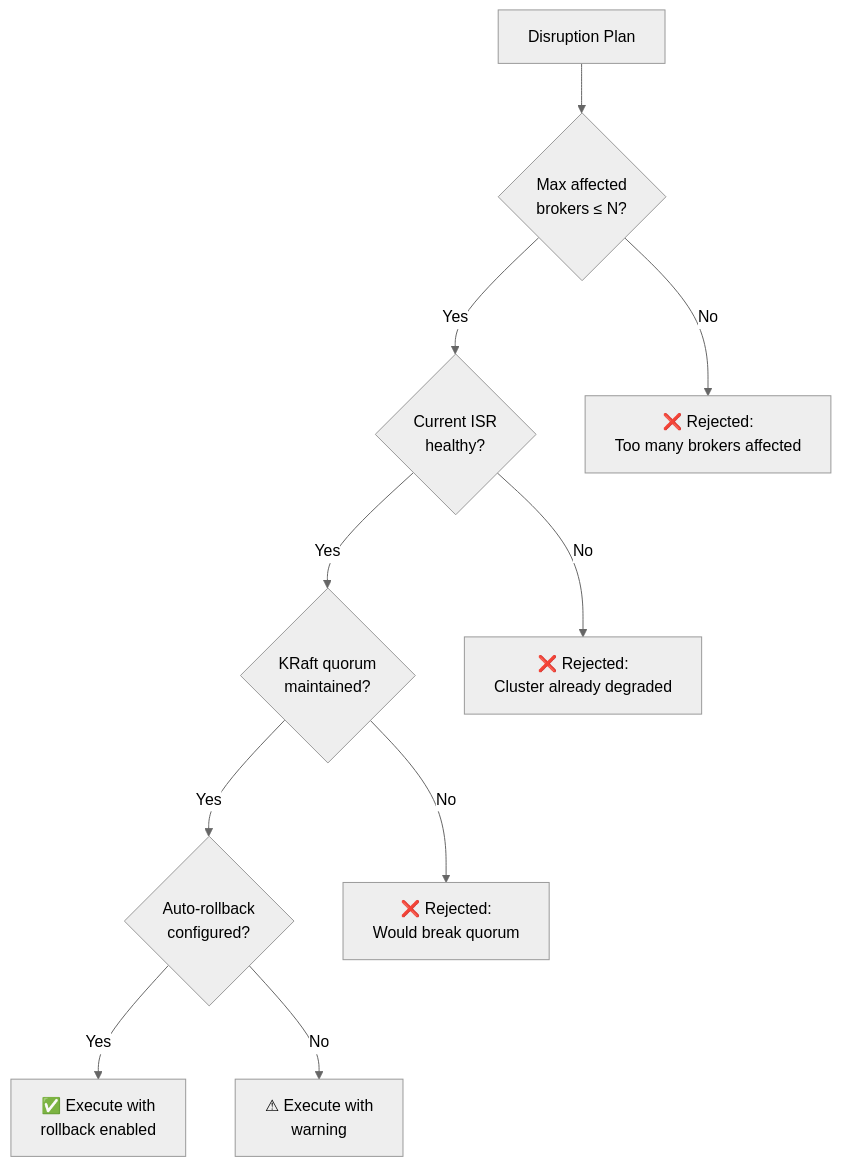
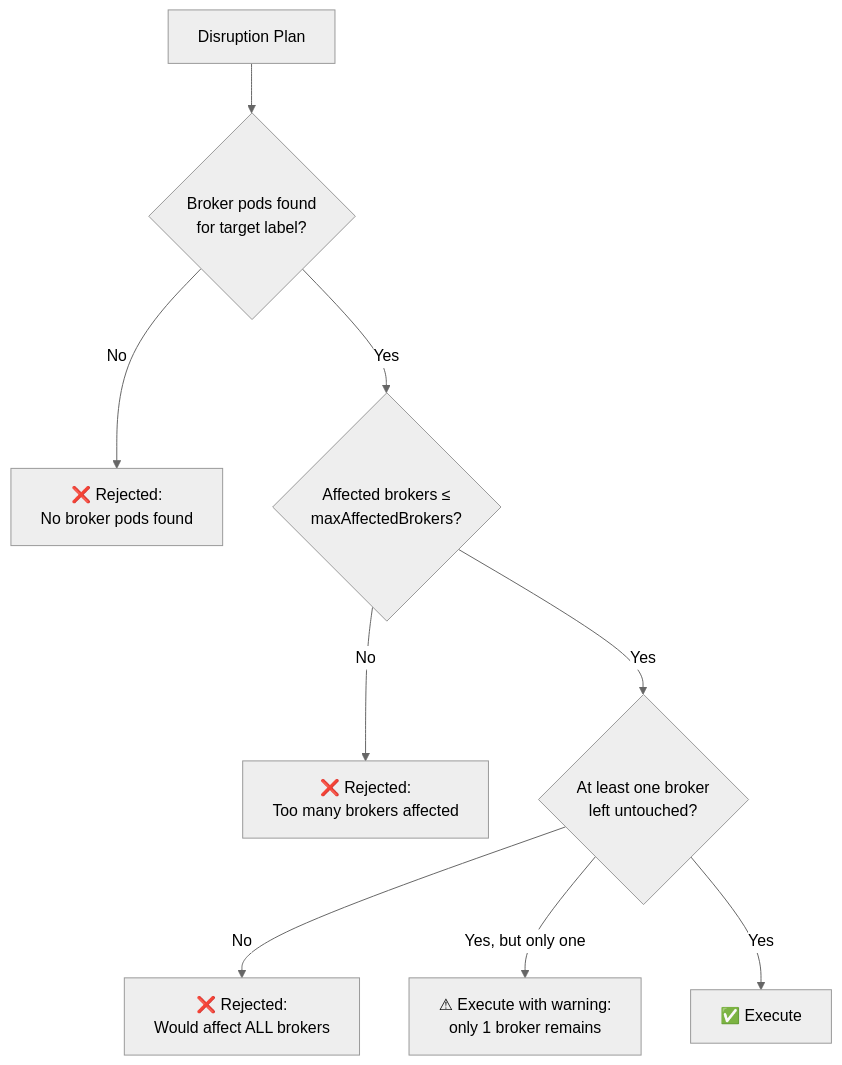
Before and after one commit to actions-marketplace-validations/bmscomp_kates: the sixth of 9 diagrams in docs/book/07-chaos-practice.md, drawn with Mermaid (neutral theme). The commit also changed other lines of this file and 23 other files, not shown here.

````diff
--- a/docs/book/07-chaos-practice.md
+++ b/docs/book/07-chaos-practice.md
@@ -326,12 +328,11 @@
 ```mermaid
 graph TD
-    PLAN[Disruption Plan] --> V1{Max affected<br/>brokers ≤ N?}
-    V1 -->|Yes| V2{Current ISR<br/>healthy?}
-    V1 -->|No| REJECT1["❌ Rejected:<br/>Too many brokers affected"]
-    V2 -->|Yes| V3{KRaft quorum<br/>maintained?}
-    V2 -->|No| REJECT2["❌ Rejected:<br/>Cluster already degraded"]
-    V3 -->|Yes| V4{Auto-rollback<br/>configured?}
-    V3 -->|No| REJECT3["❌ Rejected:<br/>Would break quorum"]
-    V4 -->|Yes| EXECUTE["✅ Execute with<br/>rollback enabled"]
-    V4 -->|No| WARN["⚠ Execute with<br/>warning"]
+    PLAN[Disruption Plan] --> V1{Broker pods found<br/>for target label?}
+    V1 -->|No| REJECT1["❌ Rejected:<br/>No broker pods found"]
+    V1 -->|Yes| V2{Affected brokers ≤<br/>maxAffectedBrokers?}
+    V2 -->|No| REJECT2["❌ Rejected:<br/>Too many brokers affected"]
+    V2 -->|Yes| V3{At least one broker<br/>left untouched?}
+    V3 -->|No| REJECT3["❌ Rejected:<br/>Would affect ALL brokers"]
+    V3 -->|"Yes, but only one"| WARN["⚠ Execute with warning:<br/>only 1 broker remains"]
+    V3 -->|Yes| EXECUTE["✅ Execute"]
 ```
````
